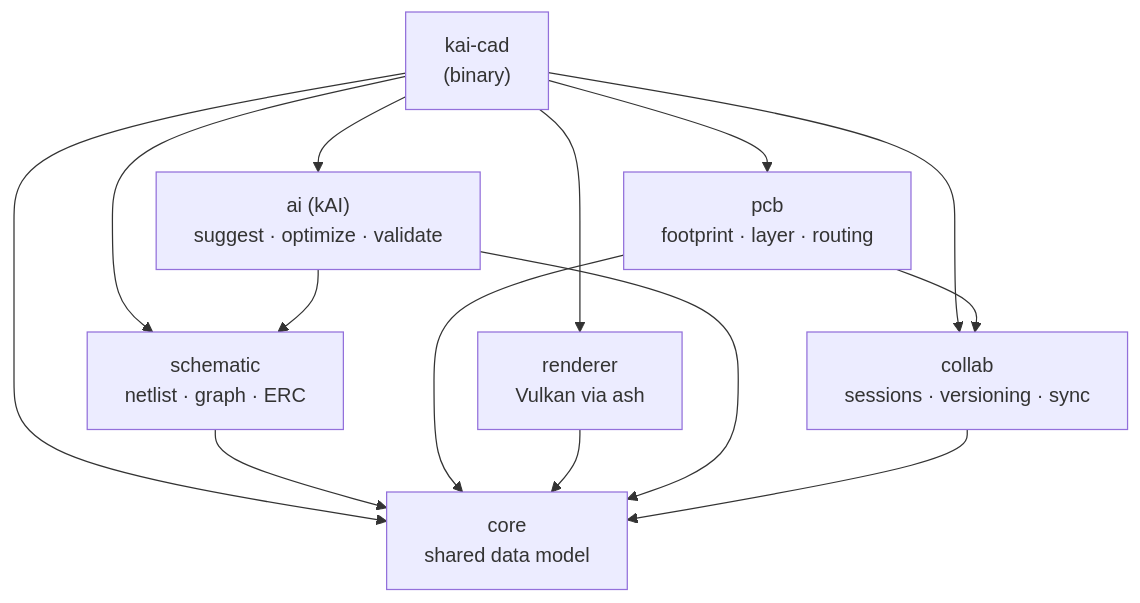
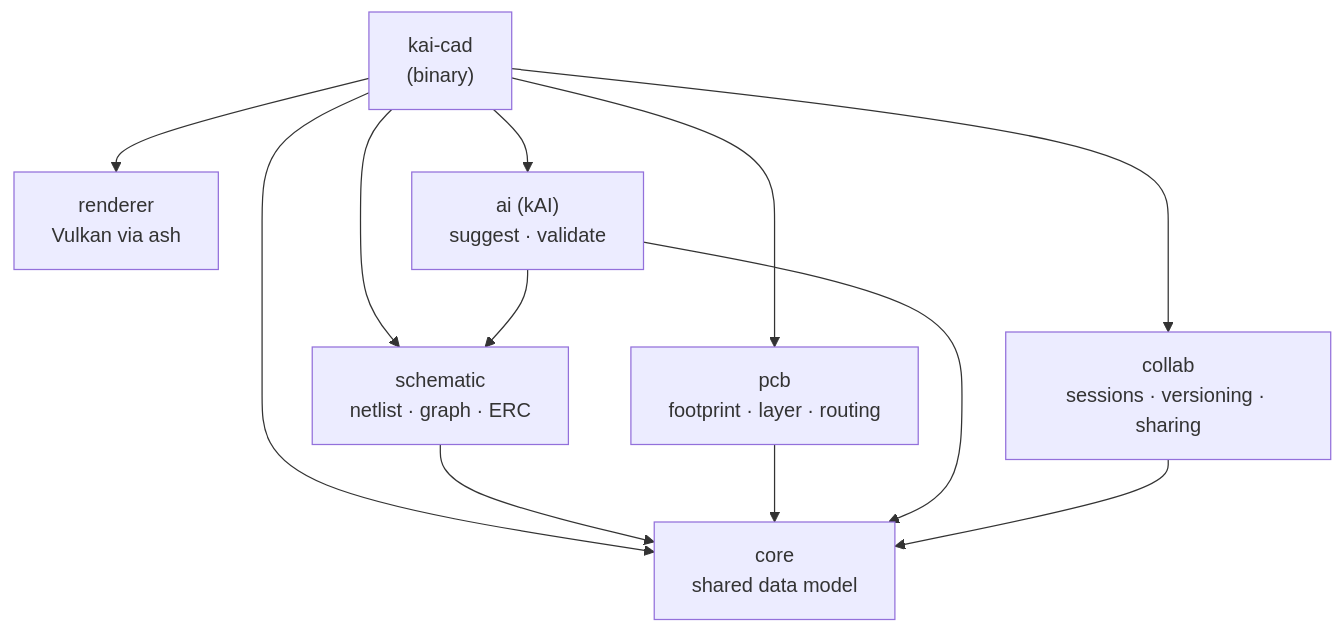
One commit to sneakylizard123-4/KaiCad changed the first of 3 diagrams in docs/ARCHITECTURE.md. Above: the diagram before and after it, drawn with Mermaid. The commit also changed other lines of this file and 49 other files, not shown here.

````diff
--- a/docs/ARCHITECTURE.md
+++ b/docs/ARCHITECTURE.md
@@ -15,25 +15,23 @@
 ```mermaid
 graph TD
     app["kai-cad<br/>(binary)"]
     core["core<br/>shared data model"]
     schematic["schematic<br/>netlist · graph · ERC"]
     pcb["pcb<br/>footprint · layer · routing"]
     renderer["renderer<br/>Vulkan via ash"]
-    ai["ai (kAI)<br/>suggest · optimize · validate"]
-    collab["collab<br/>sessions · versioning · sync"]
+    ai["ai (kAI)<br/>suggest · validate"]
+    collab["collab<br/>sessions · versioning · sharing"]
 
     app --> core
     app --> schematic
     app --> pcb
     app --> renderer
     app --> ai
     app --> collab
 
     schematic --> core
     pcb --> core
-    pcb --> collab
-    renderer --> core
     ai --> core
     ai --> schematic
     collab --> core
 ```
````
